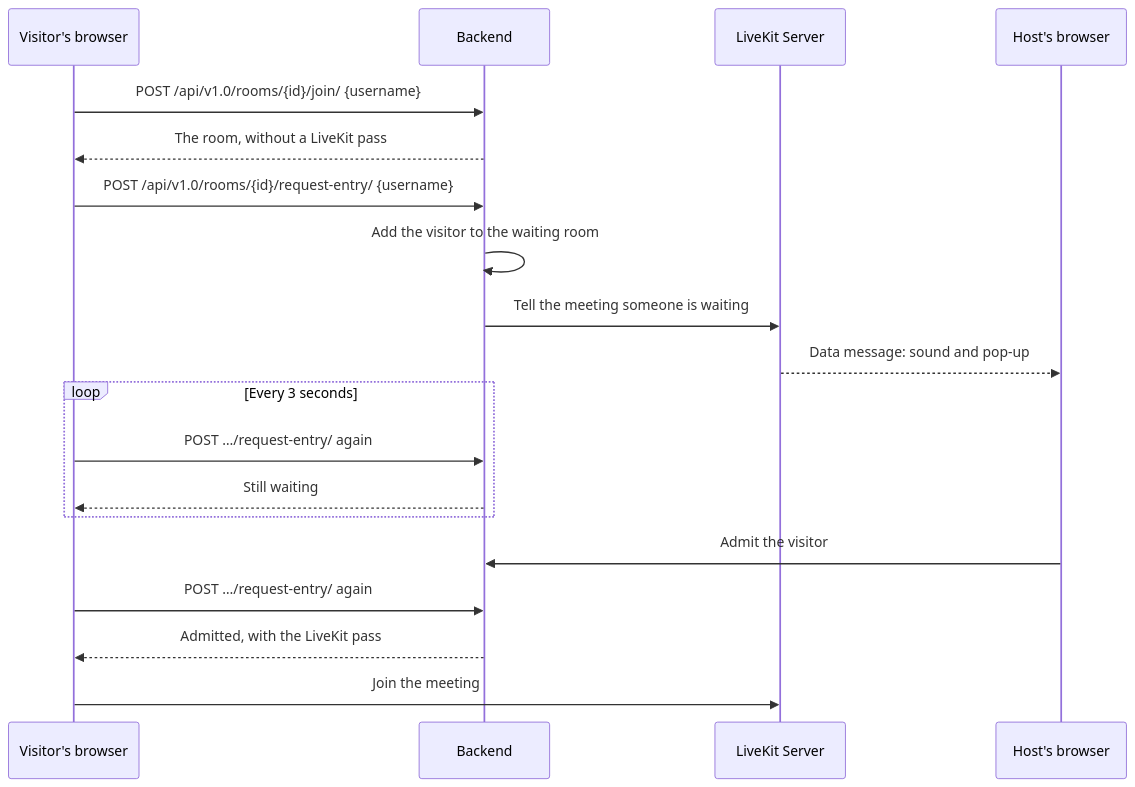
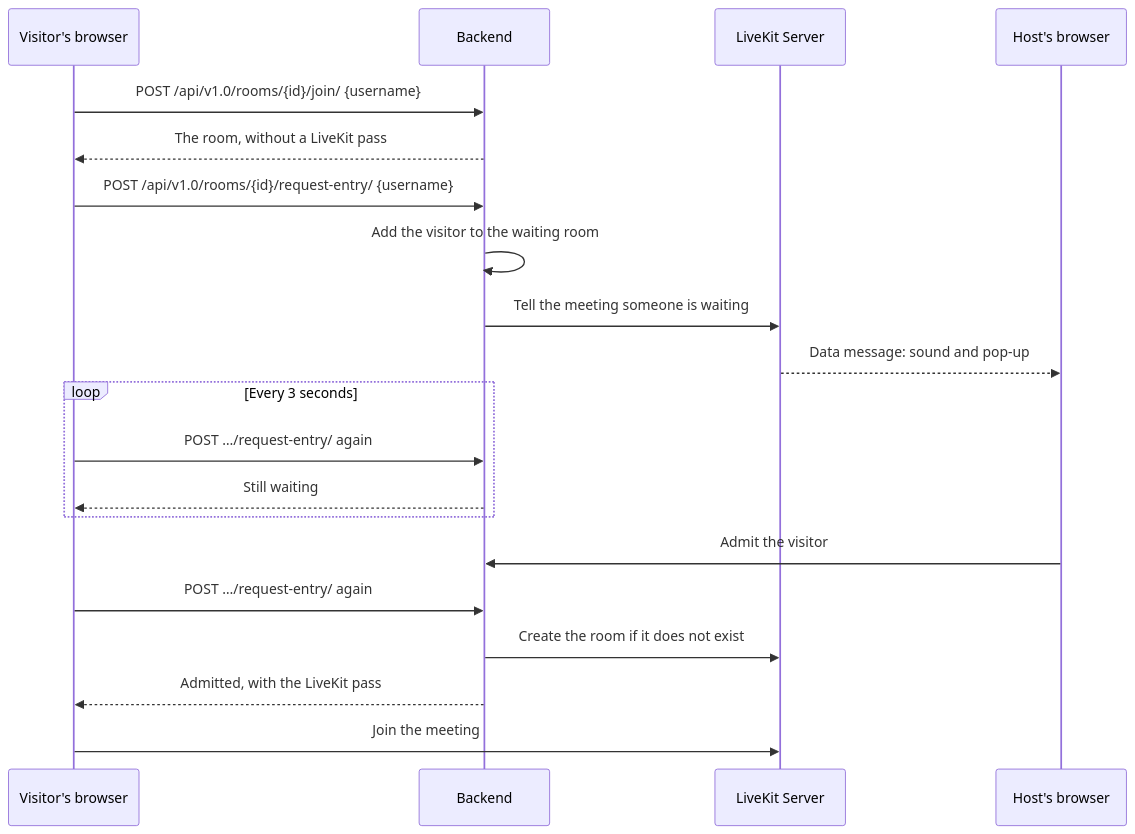
The third of 6 diagrams in docs/overview/how-meet-works.md (suitenumerique/meet), drawn with Mermaid before and after one commit. The commit also changed other lines of this file and 18 other files, not shown here.

````diff
--- a/docs/overview/how-meet-works.md
+++ b/docs/overview/how-meet-works.md
@@ -160,22 +162,23 @@
 ```mermaid
 sequenceDiagram
     participant V as Visitor's browser
     participant BE as Backend
     participant LK as LiveKit Server
     participant H as Host's browser
 
     V->>BE: POST /api/v1.0/rooms/{id}/join/ {username}
     BE-->>V: The room, without a LiveKit pass
     V->>BE: POST /api/v1.0/rooms/{id}/request-entry/ {username}
     BE->>BE: Add the visitor to the waiting room
     BE->>LK: Tell the meeting someone is waiting
     LK-->>H: Data message: sound and pop-up
     loop Every 3 seconds
         V->>BE: POST …/request-entry/ again
         BE-->>V: Still waiting
     end
     H->>BE: Admit the visitor
     V->>BE: POST …/request-entry/ again
+    BE->>LK: Create the room if it does not exist
     BE-->>V: Admitted, with the LiveKit pass
     V->>LK: Join the meeting
 ```
````
